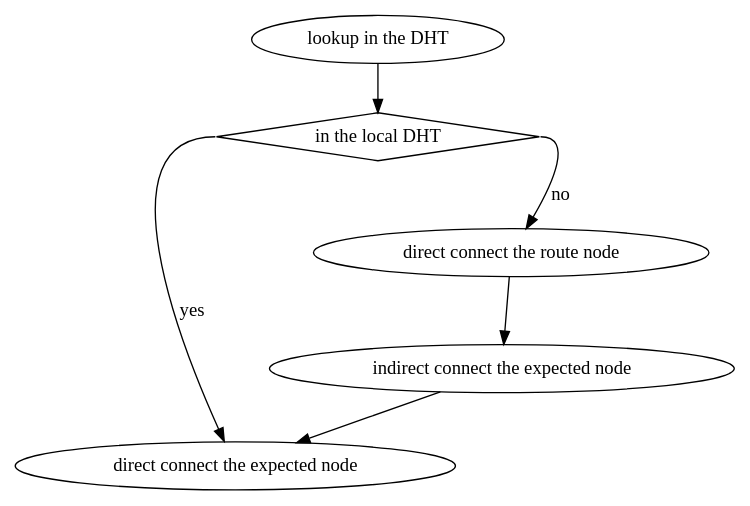
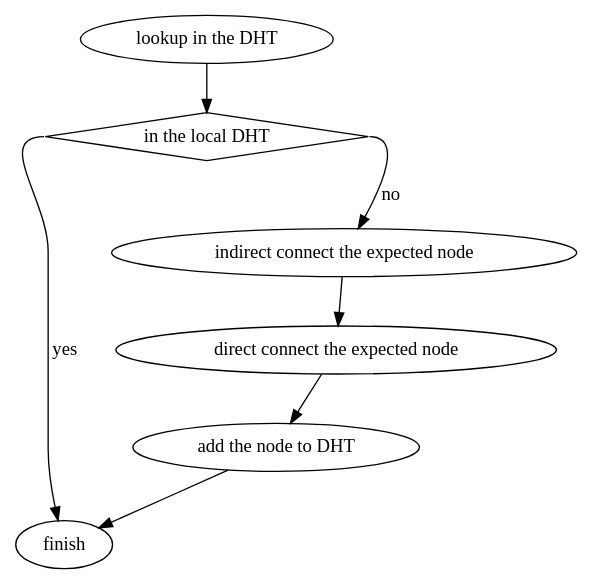
One commit to Covertness/node-mate changed the diagram in doc/findNode.dot. Above: the diagram before and after it, drawn with Graphviz. The commit also changed 12 other files, not shown here.

```diff
--- a/doc/findNode.dot
+++ b/doc/findNode.dot
@@ -1,13 +1,15 @@
 digraph G{
 	lookup -> isLocal;
-	isLocal: e -> direct_route_node[label="no"];
-	isLocal: w -> direct_node[label="yes"];
-	direct_route_node -> indirect_node;
+	isLocal: e -> indirect_node[label="no"];
+	isLocal: w -> finish[label="yes"];
 	indirect_node -> direct_node;
+	direct_node -> add_node;
+	add_node -> finish;
 
 	lookup[label="lookup in the DHT"];
 	isLocal[label="in the local DHT", shape="diamond"];
-	direct_route_node[label="direct connect the route node"];
 	indirect_node[label="indirect connect the expected node"];
 	direct_node[label="direct connect the expected node"];
+	add_node[label="add the node to DHT"];
+	finish;
 }
```
